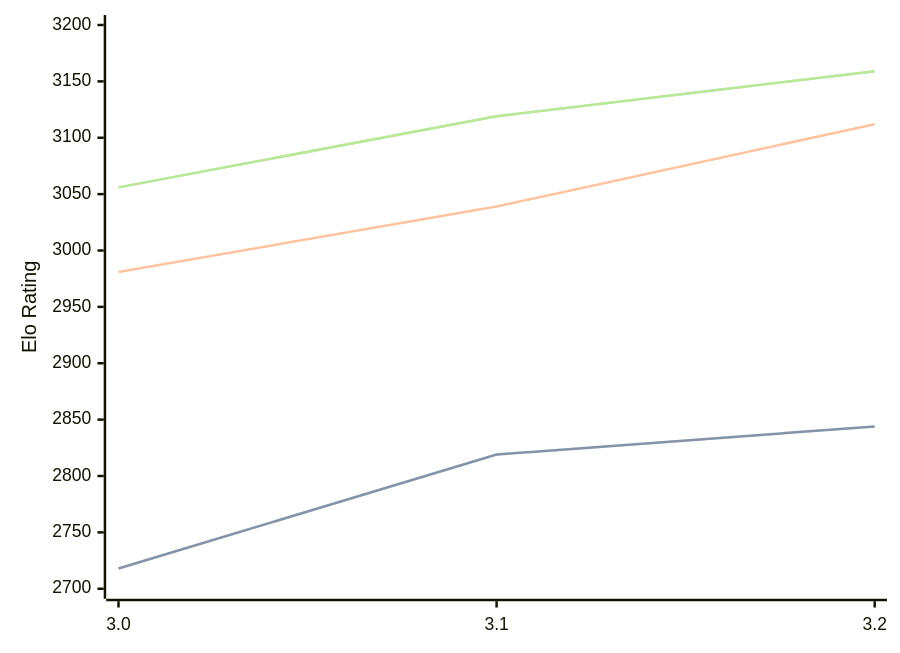
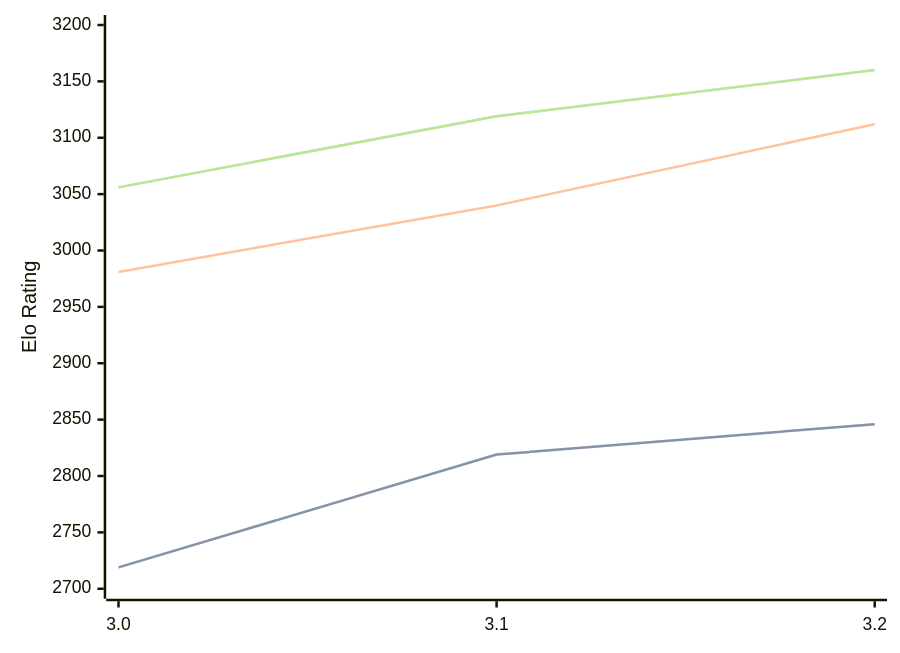
The diagram in engines/Vajolet2.md (computer-chess-index/cci), drawn with Mermaid before and after one commit. The commit also changed other lines of this file, not shown here.

Commit message:
Update CCI Ratings (ELO VLTC) - 2026-07-24

````diff
--- a/engines/Vajolet2.md
+++ b/engines/Vajolet2.md
@@ -41,11 +41,11 @@
 ```mermaid
 %%{init: {"theme":"base","themeVariables":{"seriesColors:['#a3a3a3','#222221','#faa371']}}}%%
 xychart-beta
   x-axis ["3.0", "3.1", "3.2"]
   y-axis "Elo Rating" 2700 --> 3200
-  line "STC (8.0+0.08s)" [2718, 2819, 2844]
-  line "STC (8.0+0.08s)" [2718, 2819, 2844]
-  line "LTC (60.0+0.60s)" [2981, 3039, 3112]
-  line "VLTC (2m24s+1.12s)" [3056, 3119, 3159]
-  line "VLTC (2m24s+1.12s)" [3056, 3119, 3159]
+  line "STC (8.0+0.08s)" [2719, 2819, 2846]
+  line "STC (8.0+0.08s)" [2719, 2819, 2846]
+  line "LTC (60.0+0.60s)" [2981, 3040, 3112]
+  line "VLTC (2m24s+1.12s)" [3056, 3119, 3160]
+  line "VLTC (2m24s+1.12s)" [3056, 3119, 3160]
 ```
````
